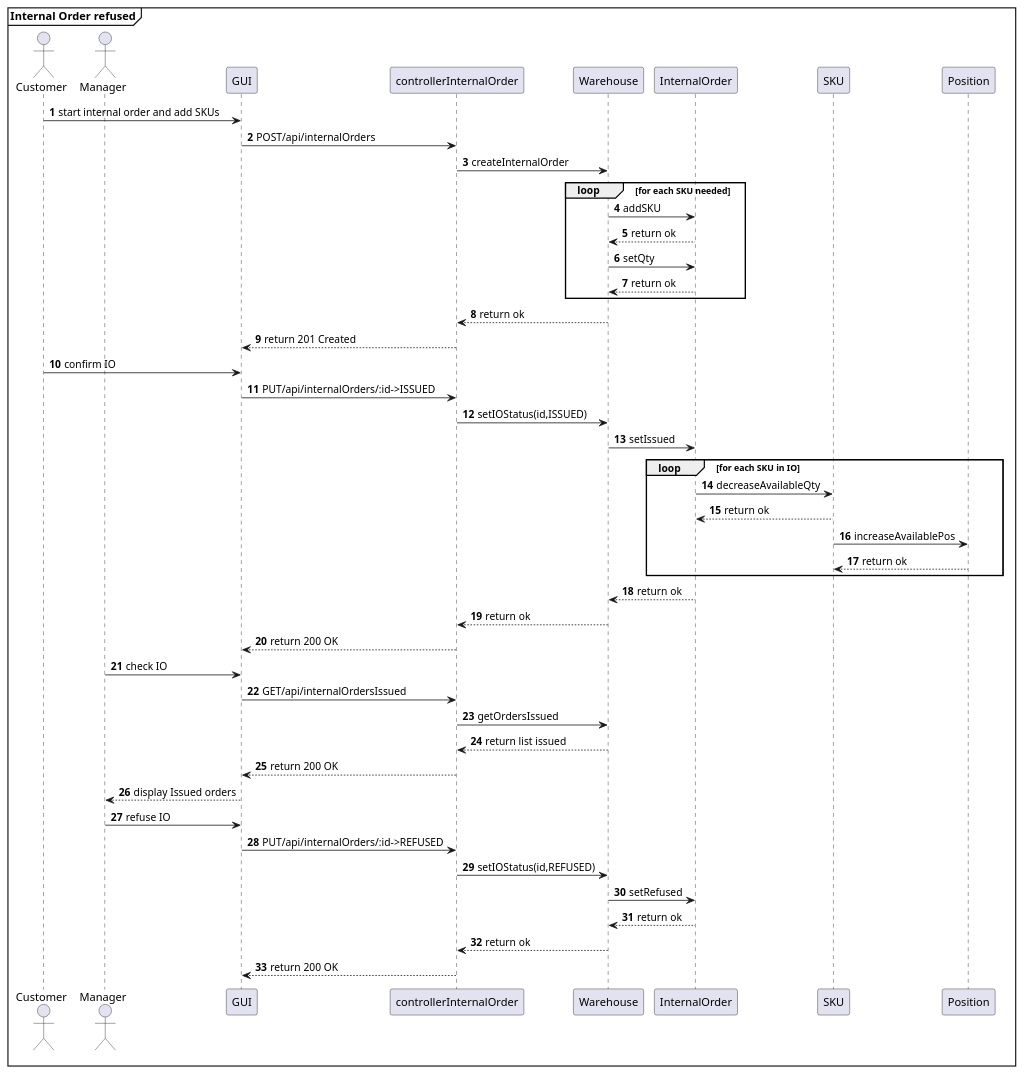
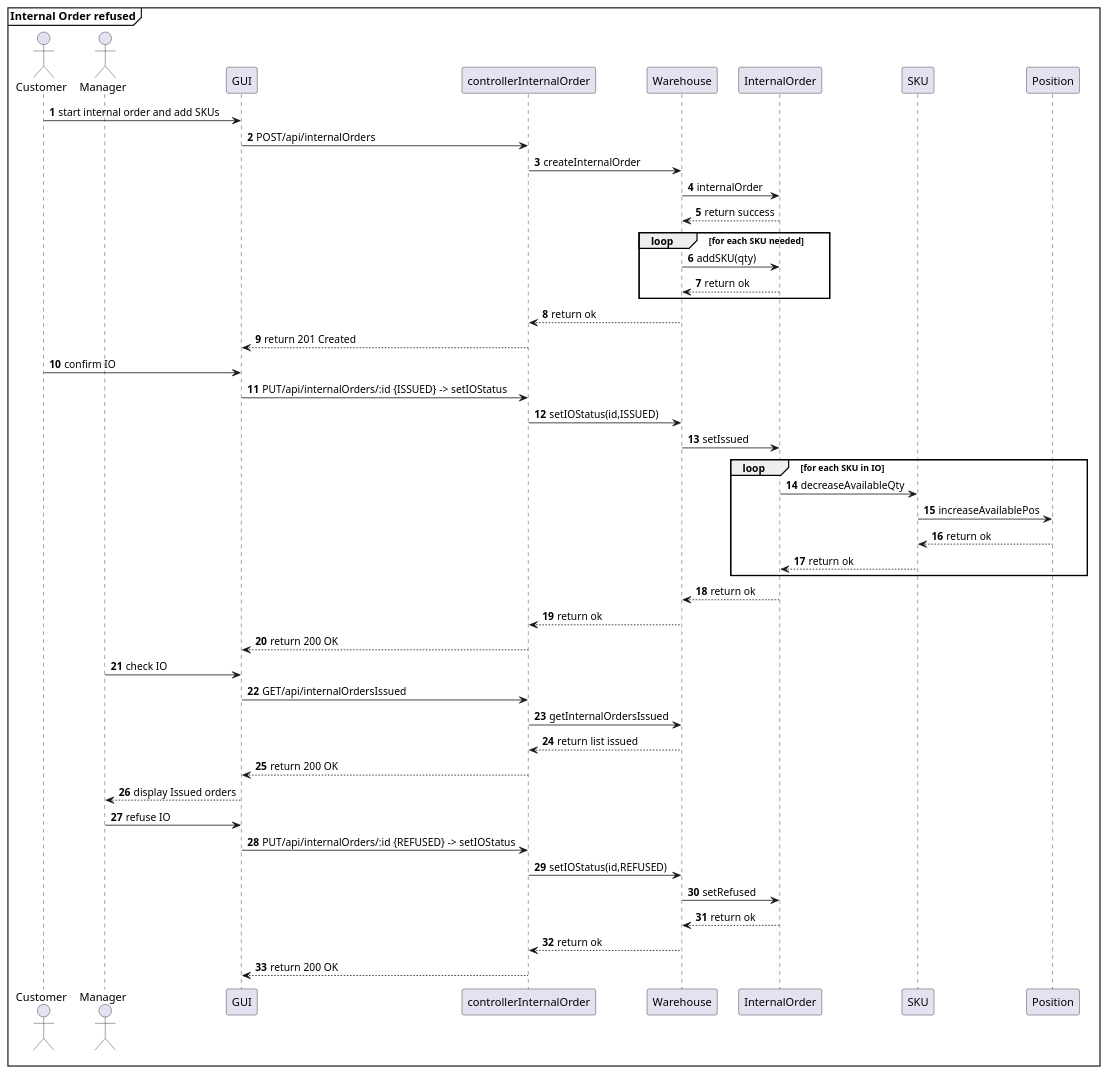
One commit to AlexZampa/EzWh changed diagram 25 of 32 in DesignDocument.md. Above: the diagram before and after it, drawn with PlantUML. The commit also changed other lines of this file, not shown here.

````diff
--- a/DesignDocument.md
+++ b/DesignDocument.md
@@ -1188,54 +1195,54 @@
 ```plantuml
 @startuml
 mainframe **Internal Order refused**
 actor Customer
 actor Manager
 participant GUI
 participant controllerInternalOrder
 participant Warehouse
 participant InternalOrder
 participant SKU
 
 autonumber
 Customer -> GUI : start internal order and add SKUs
 GUI -> controllerInternalOrder : POST/api/internalOrders
 controllerInternalOrder -> Warehouse : createInternalOrder
+Warehouse -> InternalOrder : internalOrder
+Warehouse <-- InternalOrder : return success
 loop for each SKU needed
-  Warehouse -> InternalOrder : addSKU
-  Warehouse <-- InternalOrder : return ok
-  Warehouse -> InternalOrder : setQty
+  Warehouse -> InternalOrder : addSKU(qty)
   Warehouse <-- InternalOrder : return ok
 end loop
 controllerInternalOrder <-- Warehouse : return ok
 GUI <-- controllerInternalOrder : return 201 Created
 
 Customer -> GUI : confirm IO
-GUI -> controllerInternalOrder : PUT/api/internalOrders/:id->ISSUED
+GUI -> controllerInternalOrder : PUT/api/internalOrders/:id {ISSUED} -> setIOStatus
 controllerInternalOrder -> Warehouse : setIOStatus(id,ISSUED)
 Warehouse -> InternalOrder : setIssued
 loop for each SKU in IO
   InternalOrder -> SKU : decreaseAvailableQty
-  InternalOrder <-- SKU : return ok
   SKU -> Position : increaseAvailablePos
   SKU <-- Position : return ok
+  InternalOrder <-- SKU : return ok
 end loop
 Warehouse <-- InternalOrder : return ok
 controllerInternalOrder <-- Warehouse : return ok
 GUI <-- controllerInternalOrder : return 200 OK
 
 Manager -> GUI : check IO
 GUI -> controllerInternalOrder : GET/api/internalOrdersIssued
-controllerInternalOrder -> Warehouse : getOrdersIssued
+controllerInternalOrder -> Warehouse : getInternalOrdersIssued
 controllerInternalOrder <-- Warehouse : return list issued
 GUI <-- controllerInternalOrder : return 200 OK
 Manager <-- GUI : display Issued orders
 
 Manager -> GUI : refuse IO
-GUI -> controllerInternalOrder : PUT/api/internalOrders/:id->REFUSED
+GUI -> controllerInternalOrder : PUT/api/internalOrders/:id {REFUSED} -> setIOStatus
 controllerInternalOrder -> Warehouse : setIOStatus(id,REFUSED)
 Warehouse -> InternalOrder : setRefused
 Warehouse <-- InternalOrder : return ok
 controllerInternalOrder <-- Warehouse : return ok
 GUI <-- controllerInternalOrder : return 200 OK
 @enduml
 ```
````
